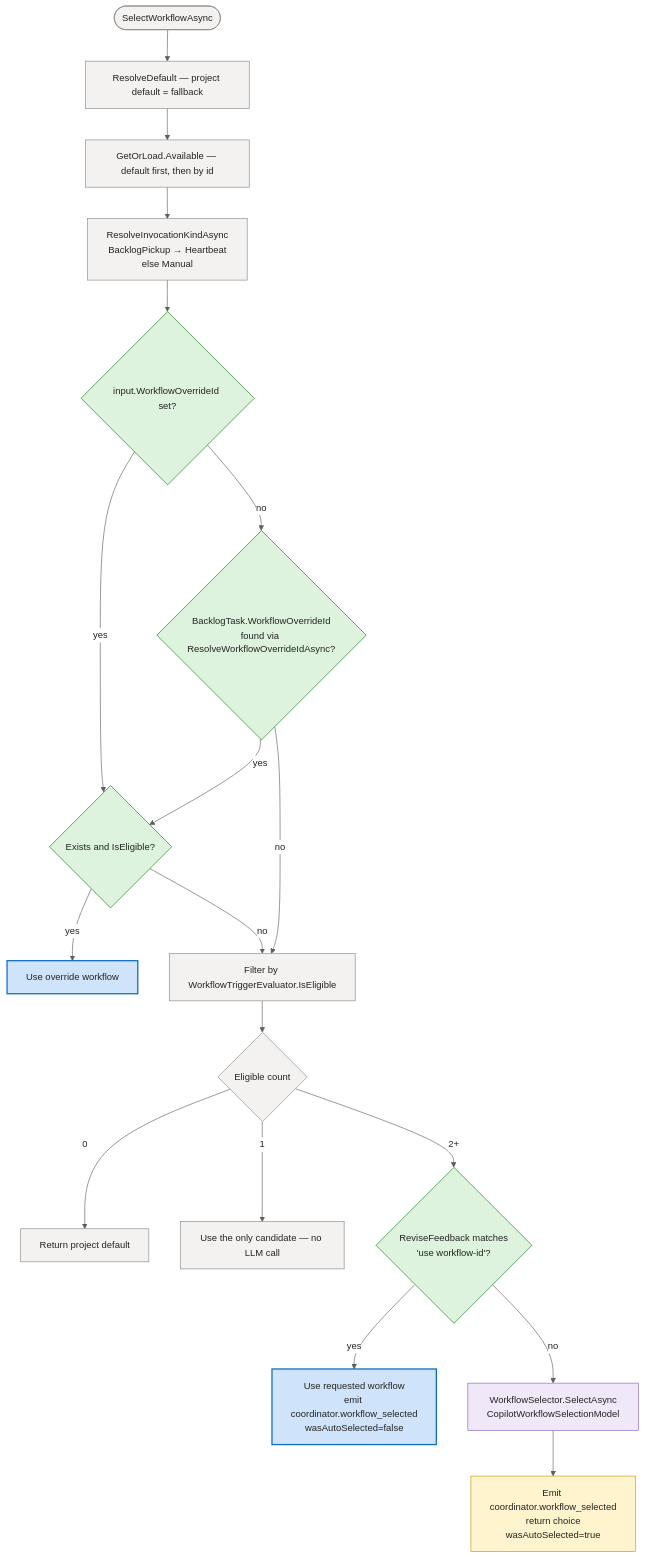
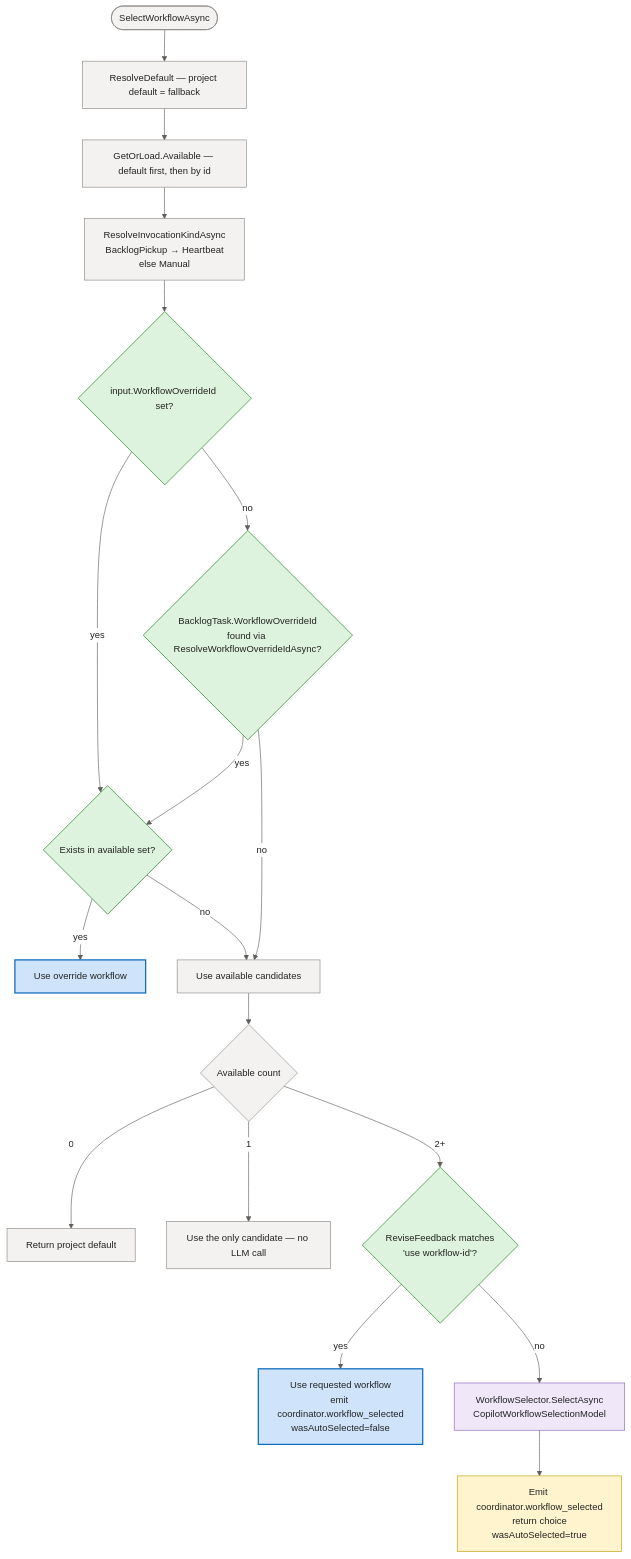
Before and after one commit to sabbour/agentweaver: the diagram in docs/deep-dive/workflow-selection.md, drawn with Mermaid. The commit also changed other lines of this file and 3 other files, not shown here.

````diff
--- a/docs/deep-dive/workflow-selection.md
+++ b/docs/deep-dive/workflow-selection.md
@@ -97,46 +89,46 @@
 ```mermaid
 %%{init: {'theme':'base','themeVariables':{'fontFamily':'Segoe UI, system-ui, -apple-system, sans-serif','fontSize':'15px','primaryColor':'#E8EEF9','primaryBorderColor':'#0F6CBD','primaryTextColor':'#242424','lineColor':'#605E5C','clusterBkg':'#FAF9F8','clusterBorder':'#D2D0CE','edgeLabelBackground':'#FFFFFF'}}}%%
 flowchart TD
     Start([SelectWorkflowAsync])
     Default[ResolveDefault — project default = fallback]
     Available[GetOrLoad.Available — default first, then by id]
     Kind[ResolveInvocationKindAsync\nBacklogPickup → Heartbeat\nelse Manual]
     DialogOverride{input.WorkflowOverrideId set?}
     BacklogPin{BacklogTask.WorkflowOverrideId\nfound via ResolveWorkflowOverrideIdAsync?}
-    EligibleCheck{Exists and IsEligible?}
+    AvailableCheck{Exists in available set?}
     UseOverride[Use override workflow]
-    Filter[Filter by WorkflowTriggerEvaluator.IsEligible]
-    Count{Eligible count}
+    Candidates[Use available candidates]
+    Count{Available count}
     FallbackDefault[Return project default]
     Single[Use the only candidate — no LLM call]
     ConvOverride{ReviseFeedback matches\n'use workflow-id'?}
     UseConv[Use requested workflow\nemit coordinator.workflow_selected\nwasAutoSelected=false]
     LLM[WorkflowSelector.SelectAsync\nCopilotWorkflowSelectionModel]
     Emit[Emit coordinator.workflow_selected\nreturn choice\nwasAutoSelected=true]
 
     Start --> Default --> Available --> Kind --> DialogOverride
-    DialogOverride -- yes --> EligibleCheck
+    DialogOverride -- yes --> AvailableCheck
     DialogOverride -- no --> BacklogPin
-    BacklogPin -- yes --> EligibleCheck
-    BacklogPin -- no --> Filter
-    EligibleCheck -- yes --> UseOverride
-    EligibleCheck -- no --> Filter
-    Filter --> Count
+    BacklogPin -- yes --> AvailableCheck
+    BacklogPin -- no --> Candidates
+    AvailableCheck -- yes --> UseOverride
+    AvailableCheck -- no --> Candidates
+    Candidates --> Count
     Count -- 0 --> FallbackDefault
     Count -- 1 --> Single
     Count -- "2+" --> ConvOverride
     ConvOverride -- yes --> UseConv
     ConvOverride -- no --> LLM --> Emit
 
     classDef svc fill:#F3F2F1,stroke:#8A8886,stroke-width:1px,color:#242424;
     classDef core fill:#CFE4FA,stroke:#0F6CBD,stroke-width:2px,color:#242424;
     classDef ext fill:#F0E8F8,stroke:#8764B8,stroke-width:1px,color:#242424;
     classDef data fill:#FFF4CE,stroke:#C19C00,stroke-width:1px,color:#242424;
     classDef gate fill:#DDF3DD,stroke:#107C10,stroke-width:1px,color:#242424;
 
-    class Start,Default,Available,Kind,Filter,Count,FallbackDefault,Single svc;
-    class DialogOverride,BacklogPin,EligibleCheck,ConvOverride gate;
+    class Start,Default,Available,Kind,Candidates,Count,FallbackDefault,Single svc;
+    class DialogOverride,BacklogPin,AvailableCheck,ConvOverride gate;
     class UseOverride,UseConv core;
     class LLM ext;
     class Emit data;
 ```
````
